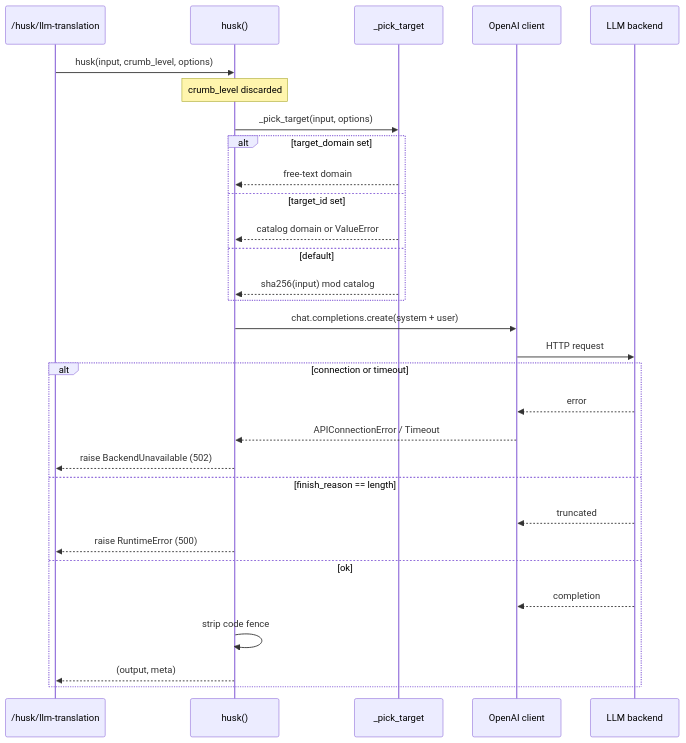
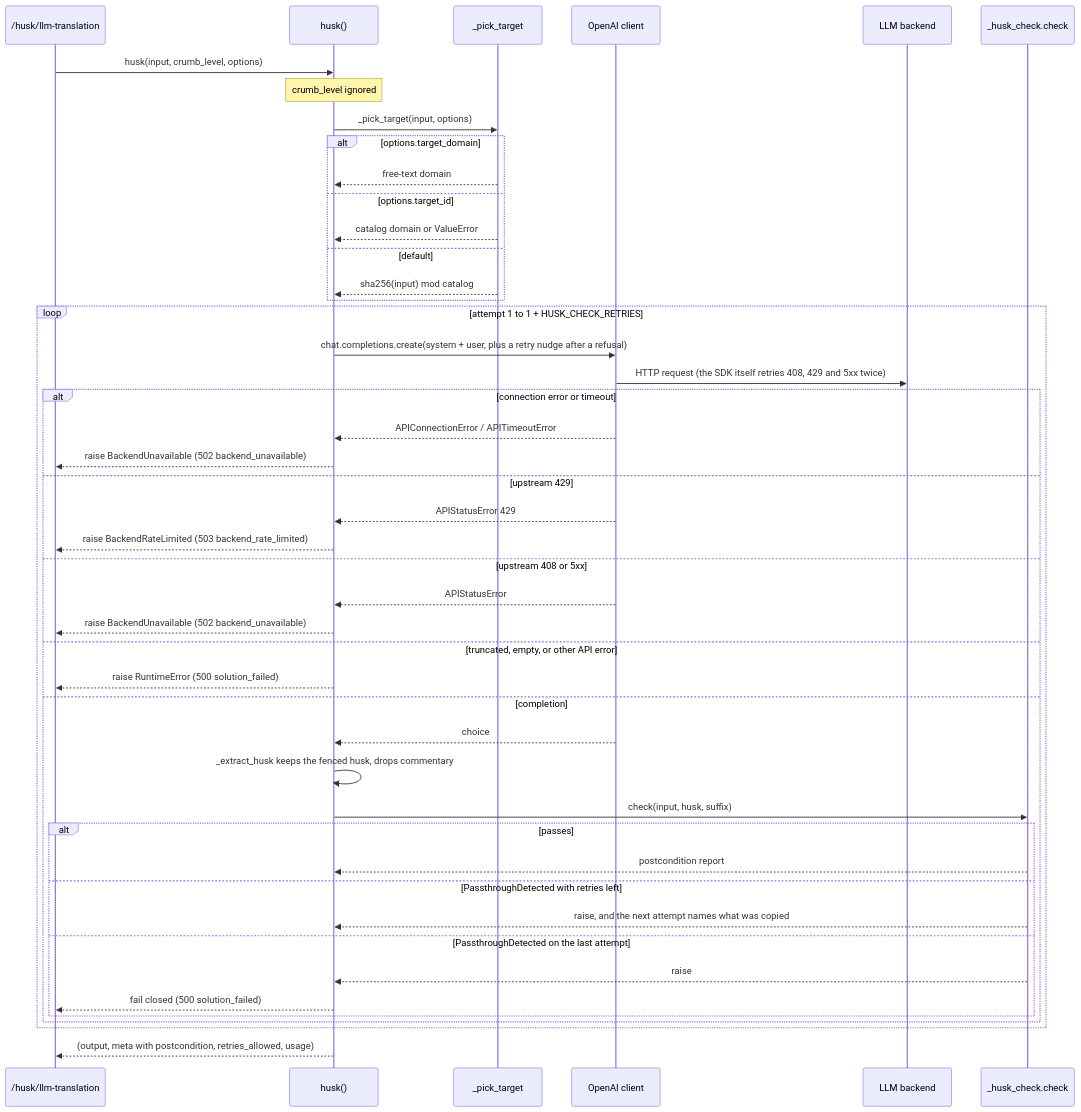
The diagram in docs/sdd-diagrams/sdd-seq-llm.mmd (jchigg2000-git/effigy), drawn with Mermaid before and after one commit. The commit also changed 57 other files, not shown here.

```diff
--- a/docs/sdd-diagrams/sdd-seq-llm.mmd
+++ b/docs/sdd-diagrams/sdd-seq-llm.mmd
@@ -1,30 +1,47 @@
 sequenceDiagram
     participant API as /husk/llm-translation
     participant H as husk()
     participant P as _pick_target
     participant C as OpenAI client
     participant B as LLM backend
+    participant G as _husk_check.check
+
     API->>H: husk(input, crumb_level, options)
-    Note over H: crumb_level discarded
+    Note over H: crumb_level ignored
     H->>P: _pick_target(input, options)
-    alt target_domain set
+    alt options.target_domain
         P-->>H: free-text domain
-    else target_id set
+    else options.target_id
         P-->>H: catalog domain or ValueError
     else default
         P-->>H: sha256(input) mod catalog
     end
-    H->>C: chat.completions.create(system + user)
-    C->>B: HTTP request
-    alt connection or timeout
-        B-->>C: error
-        C-->>H: APIConnectionError / Timeout
-        H-->>API: raise BackendUnavailable (502)
-    else finish_reason == length
-        B-->>C: truncated
-        H-->>API: raise RuntimeError (500)
-    else ok
-        B-->>C: completion
-        H->>H: strip code fence
-        H-->>API: (output, meta)
+    loop attempt 1 to 1 + HUSK_CHECK_RETRIES
+        H->>C: chat.completions.create(system + user, plus a retry nudge after a refusal)
+        C->>B: HTTP request (the SDK itself retries 408, 429 and 5xx twice)
+        alt connection error or timeout
+            C-->>H: APIConnectionError / APITimeoutError
+            H-->>API: raise BackendUnavailable (502 backend_unavailable)
+        else upstream 429
+            C-->>H: APIStatusError 429
+            H-->>API: raise BackendRateLimited (503 backend_rate_limited)
+        else upstream 408 or 5xx
+            C-->>H: APIStatusError
+            H-->>API: raise BackendUnavailable (502 backend_unavailable)
+        else truncated, empty, or other API error
+            H-->>API: raise RuntimeError (500 solution_failed)
+        else completion
+            C-->>H: choice
+            H->>H: _extract_husk keeps the fenced husk, drops commentary
+            H->>G: check(input, husk, suffix)
+            alt passes
+                G-->>H: postcondition report
+            else PassthroughDetected with retries left
+                G-->>H: raise, and the next attempt names what was copied
+            else PassthroughDetected on the last attempt
+                G-->>H: raise
+                H-->>API: fail closed (500 solution_failed)
+            end
+        end
     end
+    H-->>API: (output, meta with postcondition, retries_allowed, usage)
```
